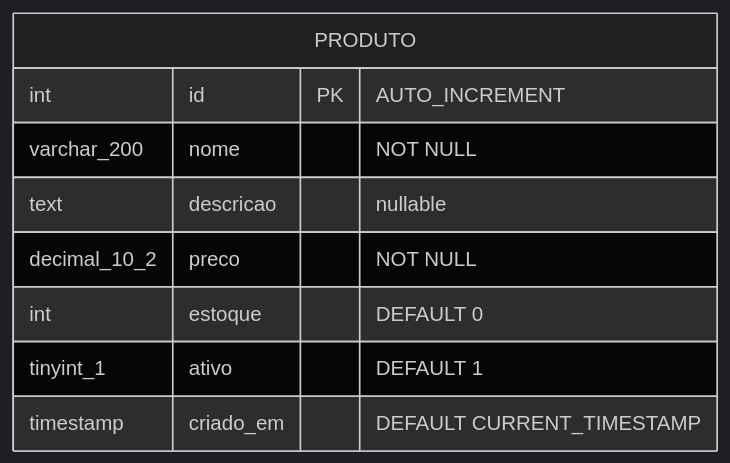
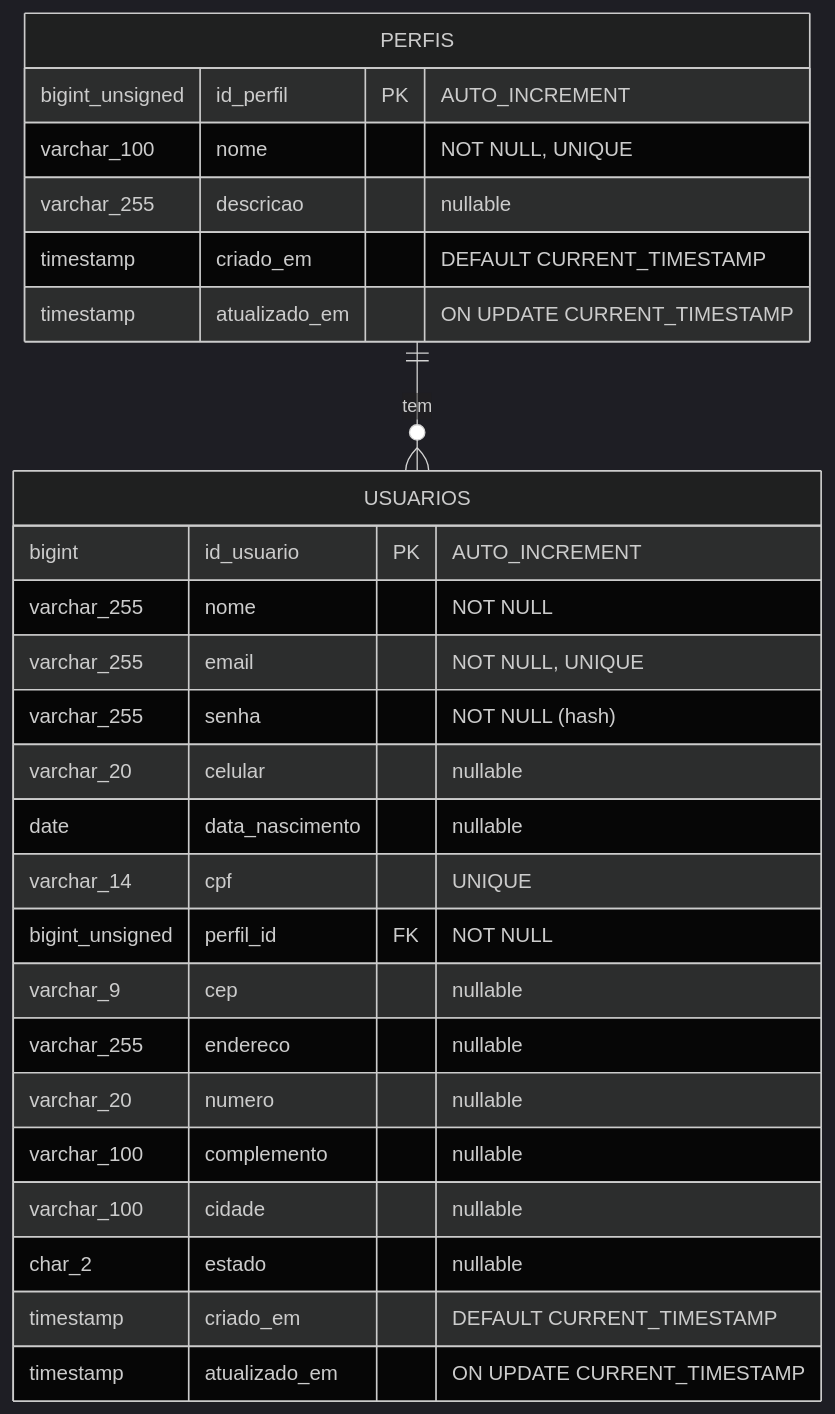
One commit to GTI-Fatec-Jahu/PI-GTI-2026-2 changed the third of 5 diagrams in docs/aulas/Aula_05_Conexao_MySQL_e_Python.md. Above: the diagram before and after it, drawn with Mermaid (dark theme). The commit also changed other lines of this file and 2 other files, not shown here.

Commit message:
Tópico 05: banco passa a ter perfis e usuarios (FK, UNIQUE, hash de senha); tabela produto vai para o material de apoio

````diff
--- a/docs/aulas/Aula_05_Conexao_MySQL_e_Python.md
+++ b/docs/aulas/Aula_05_Conexao_MySQL_e_Python.md
@@ -126,12 +128,29 @@
 ```mermaid
 erDiagram
-    PRODUTO {
-        int id PK "AUTO_INCREMENT"
-        varchar_200 nome "NOT NULL"
-        text descricao "nullable"
-        decimal_10_2 preco "NOT NULL"
-        int estoque "DEFAULT 0"
-        tinyint_1 ativo "DEFAULT 1"
+    PERFIS ||--o{ USUARIOS : "tem"
+    PERFIS {
+        bigint_unsigned id_perfil PK "AUTO_INCREMENT"
+        varchar_100 nome "NOT NULL, UNIQUE"
+        varchar_255 descricao "nullable"
         timestamp criado_em "DEFAULT CURRENT_TIMESTAMP"
+        timestamp atualizado_em "ON UPDATE CURRENT_TIMESTAMP"
+    }
+    USUARIOS {
+        bigint id_usuario PK "AUTO_INCREMENT"
+        varchar_255 nome "NOT NULL"
+        varchar_255 email "NOT NULL, UNIQUE"
+        varchar_255 senha "NOT NULL (hash)"
+        varchar_20 celular "nullable"
+        date data_nascimento "nullable"
+        varchar_14 cpf "UNIQUE"
+        bigint_unsigned perfil_id FK "NOT NULL"
+        varchar_9 cep "nullable"
+        varchar_255 endereco "nullable"
+        varchar_20 numero "nullable"
+        varchar_100 complemento "nullable"
+        varchar_100 cidade "nullable"
+        char_2 estado "nullable"
+        timestamp criado_em "DEFAULT CURRENT_TIMESTAMP"
+        timestamp atualizado_em "ON UPDATE CURRENT_TIMESTAMP"
     }
 ```
````
